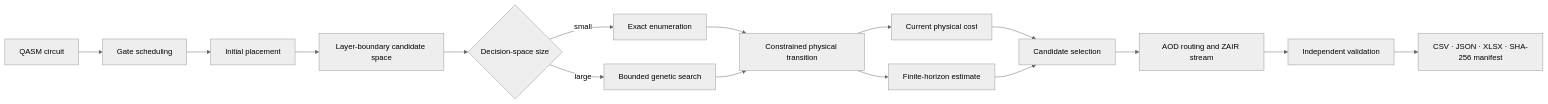
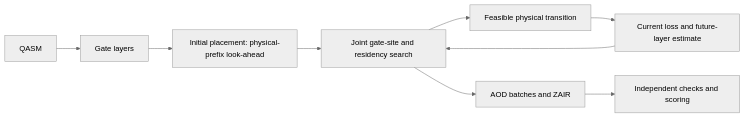
Before and after one commit to zhouzixiang1/zac-ga: the diagram in README.md, drawn with Mermaid (neutral theme). The commit also changed other lines of this file and 2752 other files, not shown here.

````diff
--- a/README.md
+++ b/README.md
@@ -85,18 +76,11 @@
 ```mermaid
 flowchart LR
-    A[QASM circuit] --> B[Gate scheduling]
-    B --> C[Initial placement]
-    C --> D[Layer-boundary candidate space]
-    D --> E{Decision-space size}
-    E -->|small| F[Exact enumeration]
-    E -->|large| G[Bounded genetic search]
-    F --> H[Constrained physical transition]
-    G --> H
-    H --> I[Current physical cost]
-    H --> J[Finite-horizon estimate]
-    I --> K[Candidate selection]
-    J --> K
-    K --> L[AOD routing and ZAIR stream]
-    L --> M[Independent validation]
-    M --> N[CSV · JSON · XLSX · SHA-256 manifest]
+    A[QASM] --> B[Gate layers]
+    B --> C[Initial placement: physical-prefix look-ahead]
+    C --> D[Joint gate-site and residency search]
+    D --> E[Feasible physical transition]
+    E --> F[Current loss and future-layer estimate]
+    F --> D
+    D --> G[AOD batches and ZAIR]
+    G --> H[Independent checks and scoring]
 ```
````
